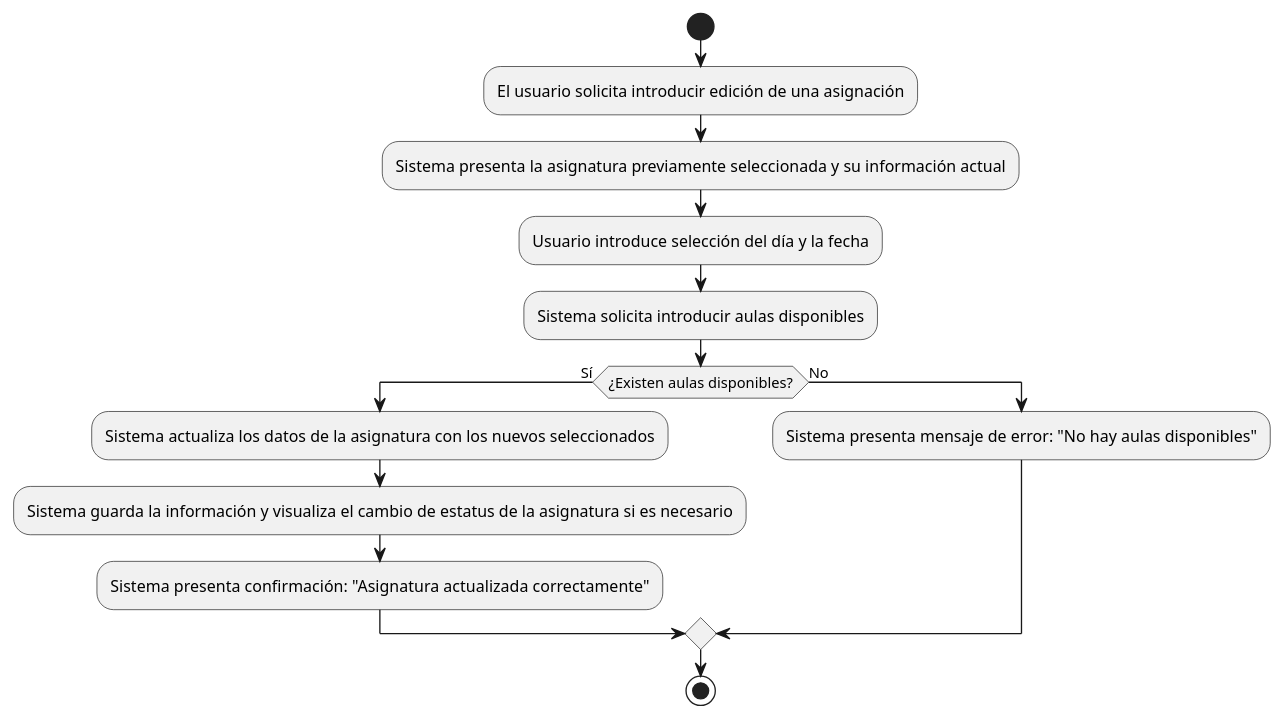
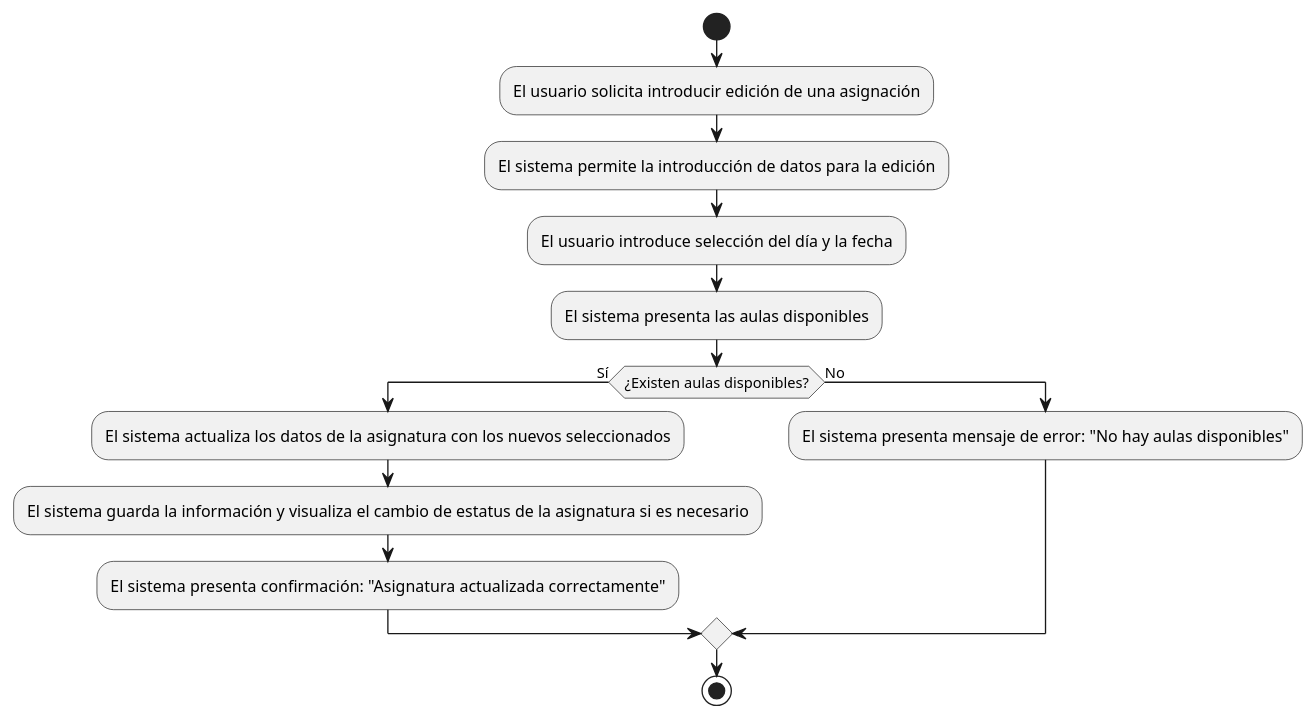
The diagram in casosDeUso/plantUML/EditarAsignación.puml (mmasias/24-25-IdSw1-SDR), drawn with PlantUML before and after one commit. The commit also changed other lines of this file and 27 other files, not shown here.

Commit message:
Cambios a casos de uso y diagramas, cambios a Prototipos

```diff
--- a/casosDeUso/plantUML/EditarAsignación.puml
+++ b/casosDeUso/plantUML/EditarAsignación.puml
@@ -1,15 +1,15 @@
 @startuml
 start
 :El usuario solicita introducir edición de una asignación;
-:Sistema presenta la asignatura previamente seleccionada y su información actual;
-:Usuario introduce selección del día y la fecha;
-:Sistema solicita introducir aulas disponibles;
+:El sistema permite la introducción de datos para la edición;
+:El usuario introduce selección del día y la fecha;
+:El sistema presenta las aulas disponibles;
 if (¿Existen aulas disponibles?) then (Sí)
-  :Sistema actualiza los datos de la asignatura con los nuevos seleccionados;
-  :Sistema guarda la información y visualiza el cambio de estatus de la asignatura si es necesario;
-  :Sistema presenta confirmación: "Asignatura actualizada correctamente";
+  :El sistema actualiza los datos de la asignatura con los nuevos seleccionados;
+  :El sistema guarda la información y visualiza el cambio de estatus de la asignatura si es necesario;
+  :El sistema presenta confirmación: "Asignatura actualizada correctamente";
 else (No)
-  :Sistema presenta mensaje de error: "No hay aulas disponibles";
+  :El sistema presenta mensaje de error: "No hay aulas disponibles";
 endif
 stop
 @enduml
```
